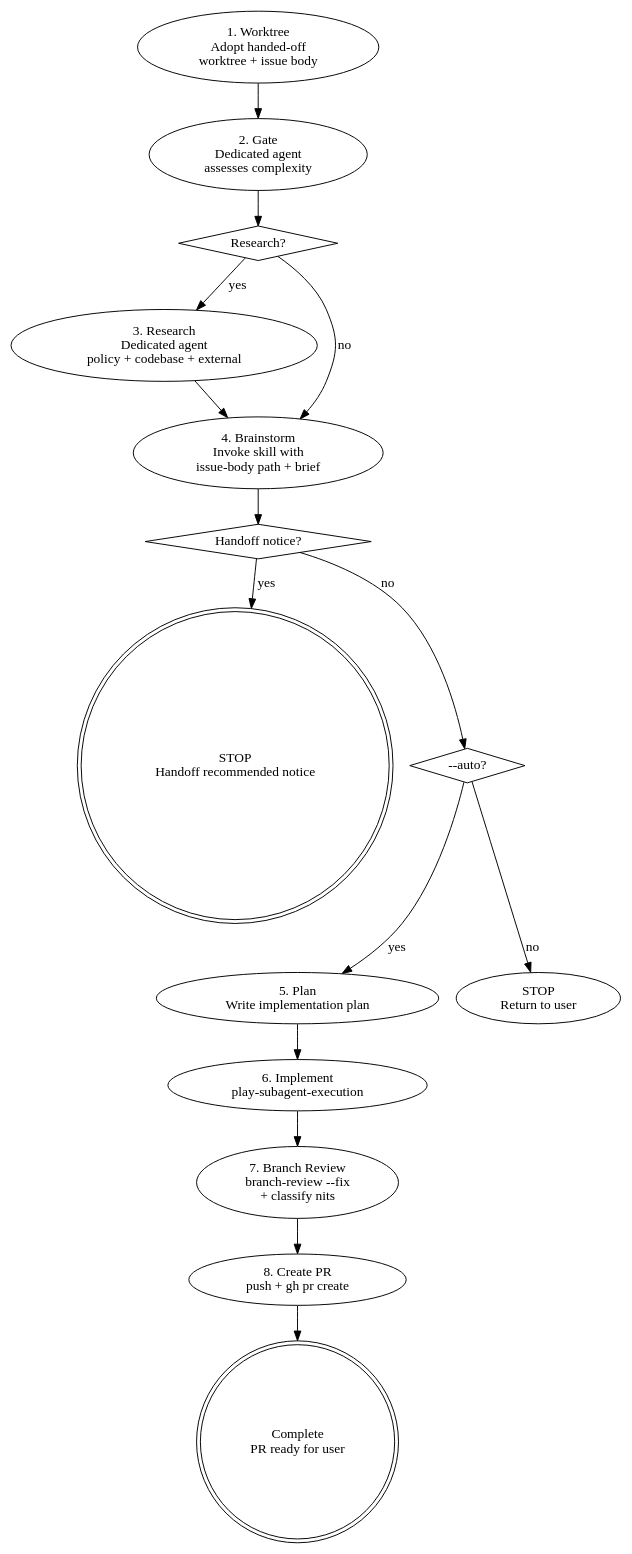
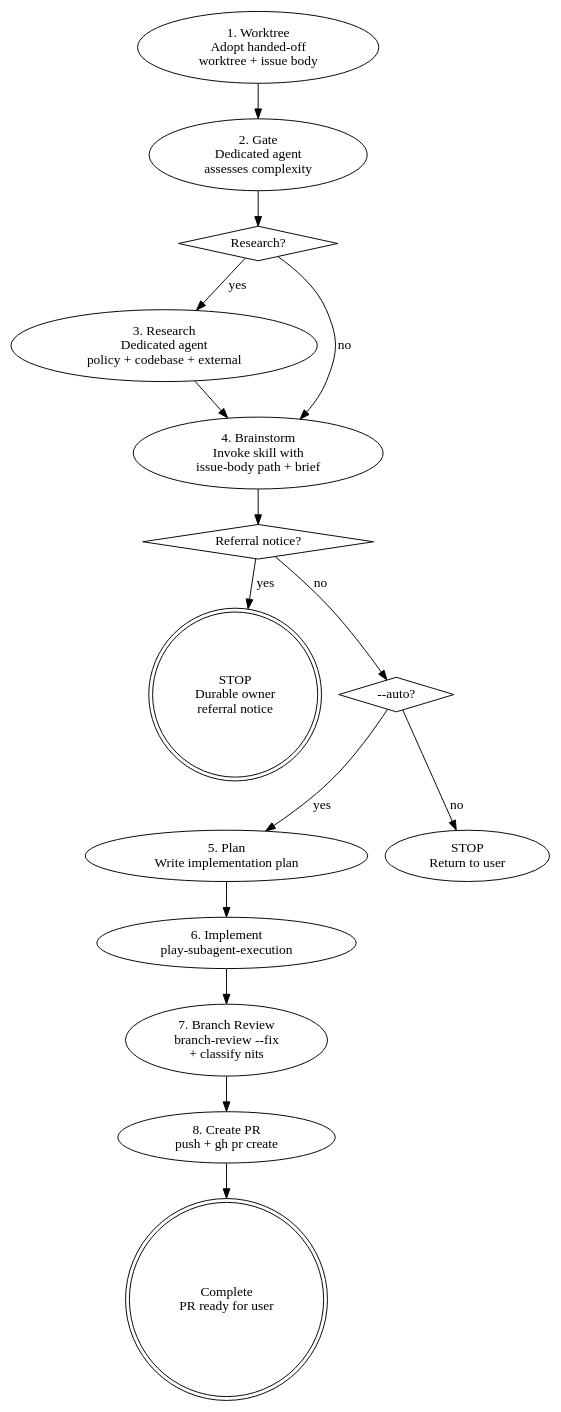
The diagram in skills/issue-priming-workflow/references/workflow-diagram.md (ryumiel/devcanon), drawn with Graphviz before and after one commit. The commit also changed 3 other files, not shown here.

Commit message:
docs(skills): rename owner referral notice

````diff
--- a/skills/issue-priming-workflow/references/workflow-diagram.md
+++ b/skills/issue-priming-workflow/references/workflow-diagram.md
@@ -6,30 +6,30 @@
 ```dot
 digraph priming {
   rankdir=TB;
   worktree [label="1. Worktree\nAdopt handed-off\nworktree + issue body"];
   gate [label="2. Gate\nDedicated agent\nassesses complexity"];
   decide [label="Research?", shape=diamond];
   research [label="3. Research\nDedicated agent\npolicy + codebase + external"];
   brainstorm [label="4. Brainstorm\nInvoke skill with\nissue-body path + brief"];
-  handoff_check [label="Handoff notice?", shape=diamond];
-  handoff [label="STOP\nHandoff recommended notice", shape=doublecircle];
+  referral_check [label="Referral notice?", shape=diamond];
+  referral [label="STOP\nDurable owner\nreferral notice", shape=doublecircle];
   auto_check [label="--auto?", shape=diamond];
   plan [label="5. Plan\nWrite implementation plan"];
   implement [label="6. Implement\nplay-subagent-execution"];
   stop_interactive [label="STOP\nReturn to user"];
 
   worktree -> gate -> decide;
   decide -> research [label="yes"];
   decide -> brainstorm [label="no"];
   research -> brainstorm;
-  brainstorm -> handoff_check;
-  handoff_check -> handoff [label="yes"];
-  handoff_check -> auto_check [label="no"];
+  brainstorm -> referral_check;
+  referral_check -> referral [label="yes"];
+  referral_check -> auto_check [label="no"];
   auto_check -> plan [label="yes"];
   auto_check -> stop_interactive [label="no"];
   plan -> implement -> review -> create_pr -> done;
   review [label="7. Branch Review\nbranch-review --fix\n+ classify nits"];
   create_pr [label="8. Create PR\npush + gh pr create"];
   done [label="Complete\nPR ready for user", shape=doublecircle];
 }
 ```
````
